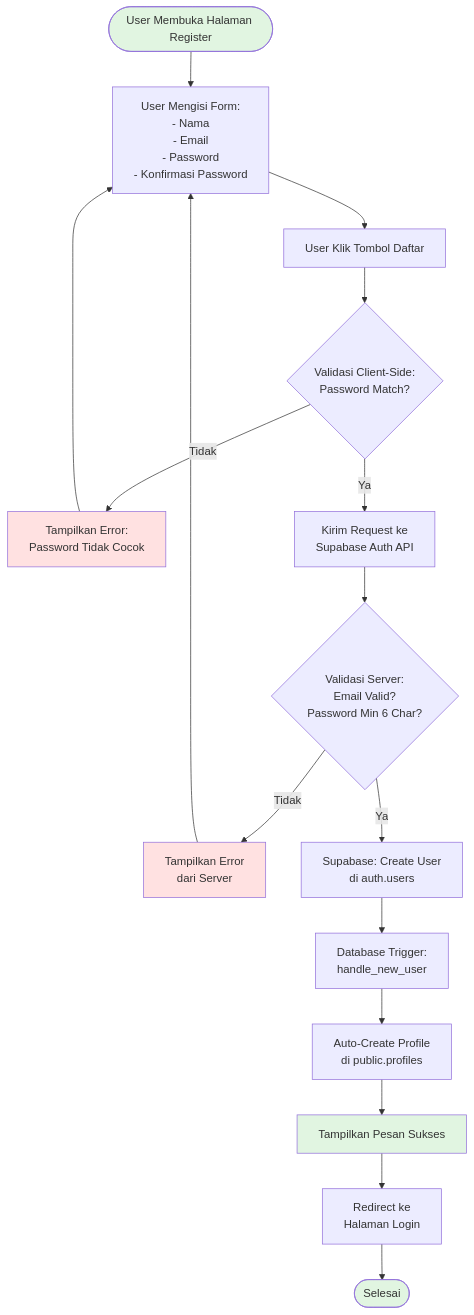
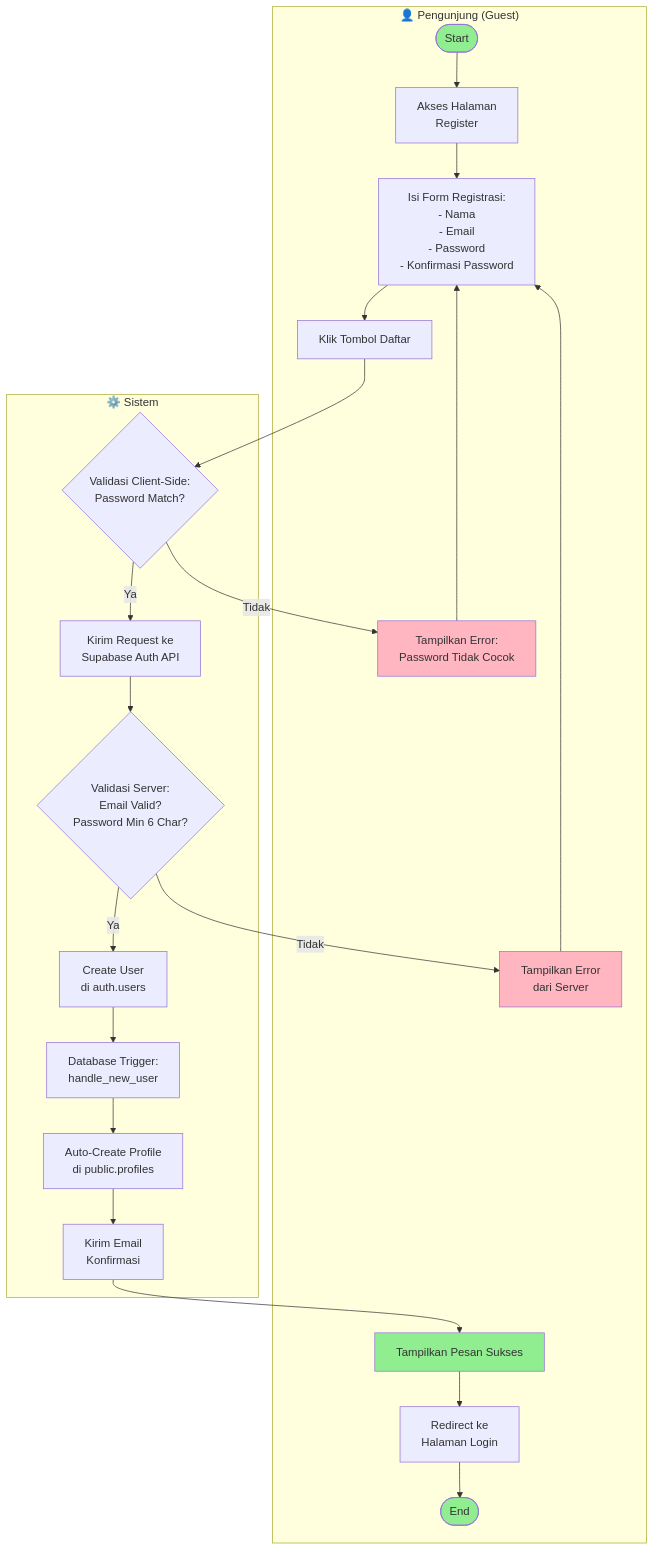
Before and after one commit to FarhanEfendi21/FlowDay: the first of 12 diagrams in ACTIVITY_DIAGRAMS.md, drawn with Mermaid. The commit also changed other lines of this file and 2 other files, not shown here.

Commit message:
fix activity diagram

````diff
--- a/ACTIVITY_DIAGRAMS.md
+++ b/ACTIVITY_DIAGRAMS.md
@@ -25,28 +27,33 @@
 ```mermaid
 graph TD
-    Start([User Membuka Halaman Register]) --> InputData[User Mengisi Form:<br/>- Nama<br/>- Email<br/>- Password<br/>- Konfirmasi Password]
-    InputData --> Submit[User Klik Tombol Daftar]
-    Submit --> ValidateClient{Validasi Client-Side:<br/>Password Match?}
+    subgraph User["👤 Pengunjung (Guest)"]
+        Start([Start]) --> AccessPage[Akses Halaman<br/>Register]
+        AccessPage --> FillForm[Isi Form Registrasi:<br/>- Nama<br/>- Email<br/>- Password<br/>- Konfirmasi Password]
+        FillForm --> SubmitBtn[Klik Tombol Daftar]
+        ErrorMatch[Tampilkan Error:<br/>Password Tidak Cocok] --> FillForm
+        ErrorServer[Tampilkan Error<br/>dari Server] --> FillForm
+        ShowSuccess[Tampilkan Pesan Sukses] --> RedirectLogin[Redirect ke<br/>Halaman Login]
+        RedirectLogin --> End([End])
+    end
     
-    ValidateClient -->|Tidak| ErrorMatch[Tampilkan Error:<br/>Password Tidak Cocok]
-    ErrorMatch --> InputData
+    subgraph System["⚙️ Sistem"]
+        ValidateClient{Validasi Client-Side:<br/>Password Match?}
+        ValidateClient -->|Tidak| ErrorMatch
+        ValidateClient -->|Ya| SendRequest[Kirim Request ke<br/>Supabase Auth API]
+        SendRequest --> ValidateServer{Validasi Server:<br/>Email Valid?<br/>Password Min 6 Char?}
+        ValidateServer -->|Tidak| ErrorServer
+        ValidateServer -->|Ya| CreateUser[Create User<br/>di auth.users]
+        CreateUser --> TriggerDB[Database Trigger:<br/>handle_new_user]
+        TriggerDB --> CreateProfile[Auto-Create Profile<br/>di public.profiles]
+        CreateProfile --> SendEmail[Kirim Email<br/>Konfirmasi]
+        SendEmail --> ShowSuccess
+    end
     
-    ValidateClient -->|Ya| CallAPI[Kirim Request ke<br/>Supabase Auth API]
-    CallAPI --> ValidateServer{Validasi Server:<br/>Email Valid?<br/>Password Min 6 Char?}
-    
-    ValidateServer -->|Tidak| ErrorServer[Tampilkan Error<br/>dari Server]
-    ErrorServer --> InputData
-    
-    ValidateServer -->|Ya| CreateUser[Supabase: Create User<br/>di auth.users]
-    CreateUser --> Trigger[Database Trigger:<br/>handle_new_user]
-    Trigger --> CreateProfile[Auto-Create Profile<br/>di public.profiles]
-    CreateProfile --> Success[Tampilkan Pesan Sukses]
-    Success --> Redirect[Redirect ke<br/>Halaman Login]
-    Redirect --> End([Selesai])
+    SubmitBtn --> ValidateClient
 
-    style Start fill:#e1f5e1
-    style End fill:#e1f5e1
-    style ErrorMatch fill:#ffe1e1
-    style ErrorServer fill:#ffe1e1
-    style Success fill:#e1f5e1
+    style Start fill:#90EE90
+    style End fill:#90EE90
+    style ErrorMatch fill:#FFB6C1
+    style ErrorServer fill:#FFB6C1
+    style ShowSuccess fill:#90EE90
 ```
````
